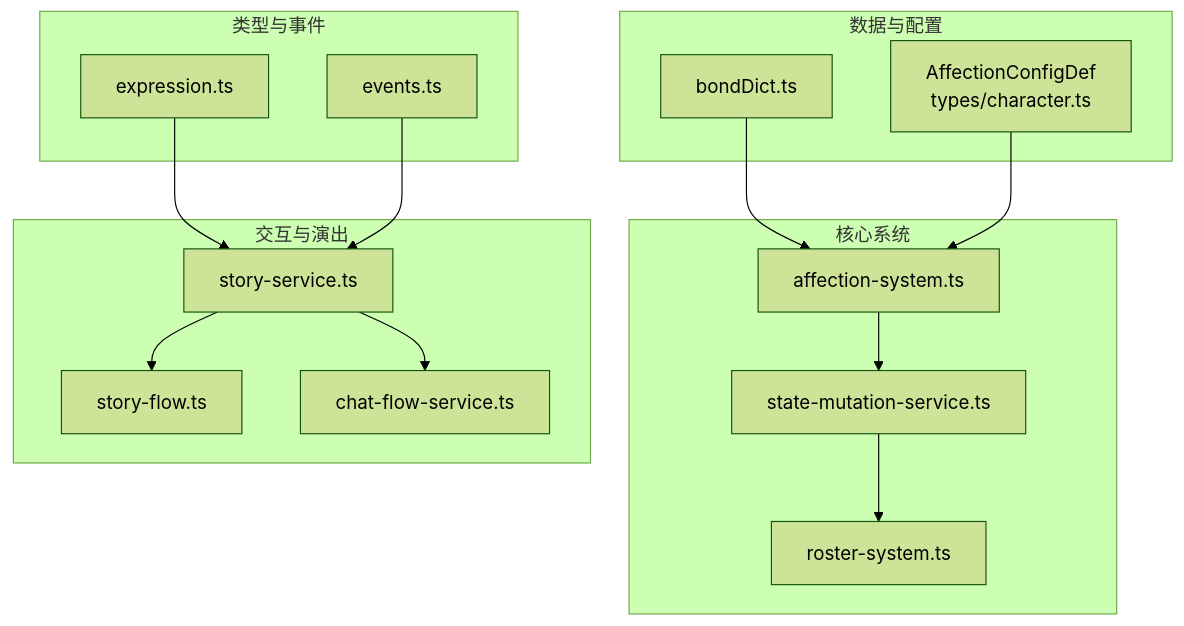
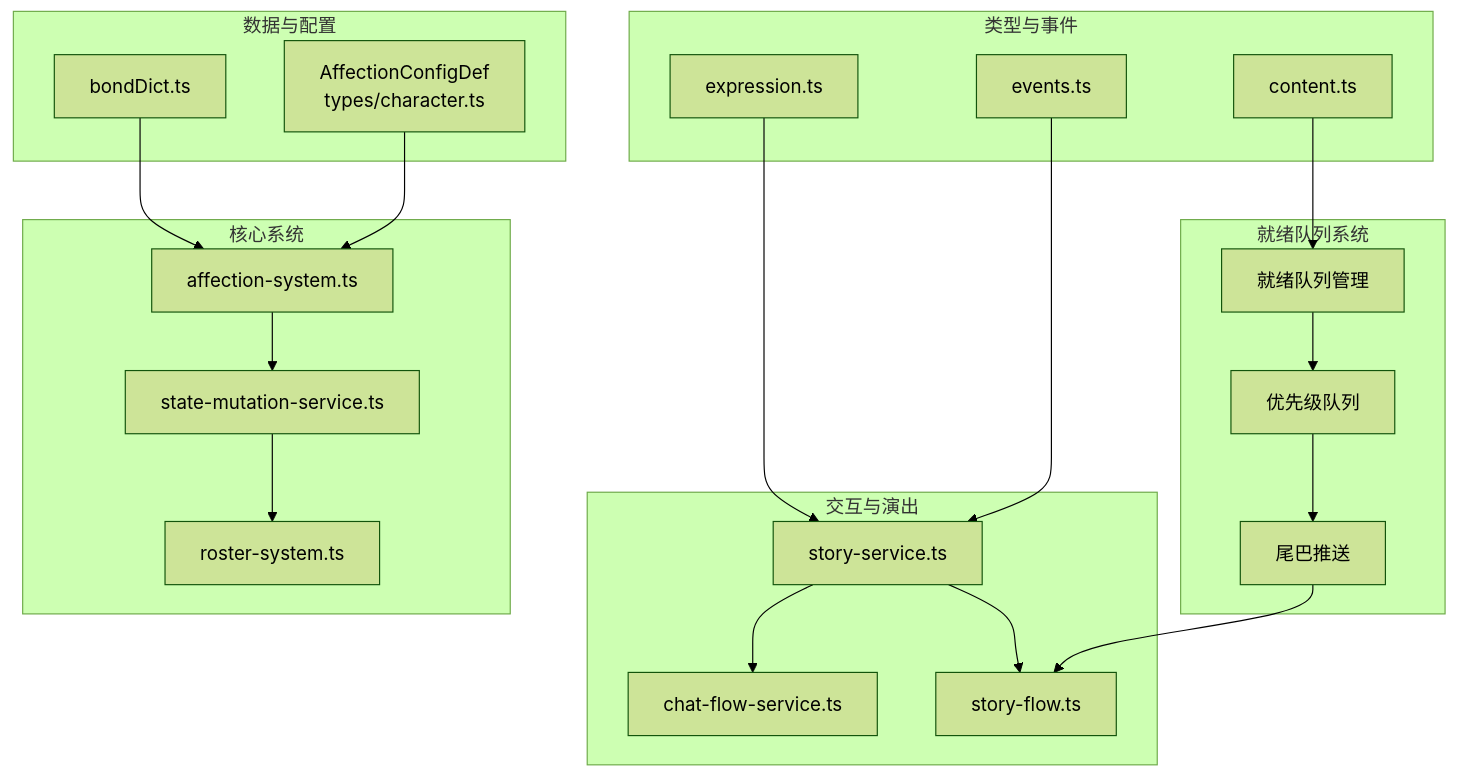
One commit to EsiLA9/Arona-Clicker changed the first of 8 diagrams in .qoder/repowiki/zh/content/游戏系统/羁绊系统.md. Above: the diagram before and after it, drawn with Mermaid (forest theme). The commit also changed other lines of this file and 176 other files, not shown here.

````diff
--- a/.qoder/repowiki/zh/content/游戏系统/羁绊系统.md
+++ b/.qoder/repowiki/zh/content/游戏系统/羁绊系统.md
@@ -47,29 +59,39 @@
 ```mermaid
 graph TB
 subgraph "数据与配置"
 BD["bondDict.ts"]
 CFG["AffectionConfigDef<br/>types/character.ts"]
 end
 subgraph "核心系统"
 AS["affection-system.ts"]
 SMS["state-mutation-service.ts"]
 RS["roster-system.ts"]
 end
+subgraph "就绪队列系统"
+SQS["就绪队列管理"]
+PQ["优先级队列"]
+TP["尾巴推送"]
+end
 subgraph "交互与演出"
 SS["story-service.ts"]
 SF["story-flow.ts"]
 CFS["chat-flow-service.ts"]
 end
 subgraph "类型与事件"
 EXP["expression.ts"]
 EVT["events.ts"]
+ENT["content.ts"]
 end
 BD --> AS
 CFG --> AS
 AS --> SMS
 SMS --> RS
 SS --> SF
 SS --> CFS
 EXP --> SS
 EVT --> SS
+ENT --> SQS
+SQS --> PQ
+PQ --> TP
+TP --> SF
 ```
````
